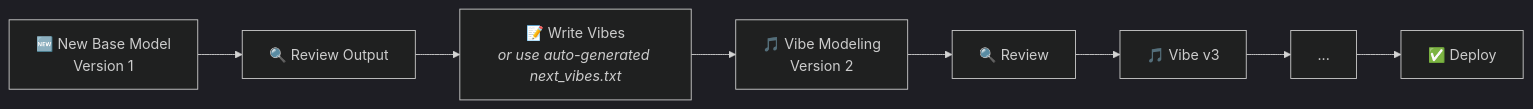
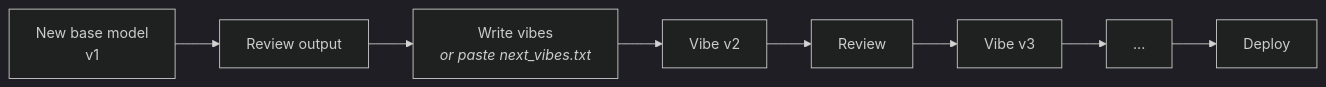
One commit to amralieg/vibe-modelling-agent changed the fourth of 4 diagrams in readme.md. Above: the diagram before and after it, drawn with Mermaid (dark theme). The commit also changed other lines of this file, not shown here.

````diff
--- a/readme.md
+++ b/readme.md
@@ -467,10 +217,10 @@
 ```mermaid
 graph LR
-    A["🆕 New Base Model<br/>Version 1"] --> B["🔍 Review Output"]
-    B --> C["📝 Write Vibes<br/><i>or use auto-generated next_vibes.txt</i>"]
-    C --> D["🎵 Vibe Modeling<br/>Version 2"]
-    D --> E["🔍 Review"]
-    E --> F["🎵 Vibe v3"]
+    A["New base model<br/>v1"] --> B["Review output"]
+    B --> C["Write vibes<br/><i>or paste next_vibes.txt</i>"]
+    C --> D["Vibe v2"]
+    D --> E["Review"]
+    E --> F["Vibe v3"]
     F --> G["..."]
-    G --> H["✅ Deploy"]
+    G --> H["Deploy"]
 ```
````
